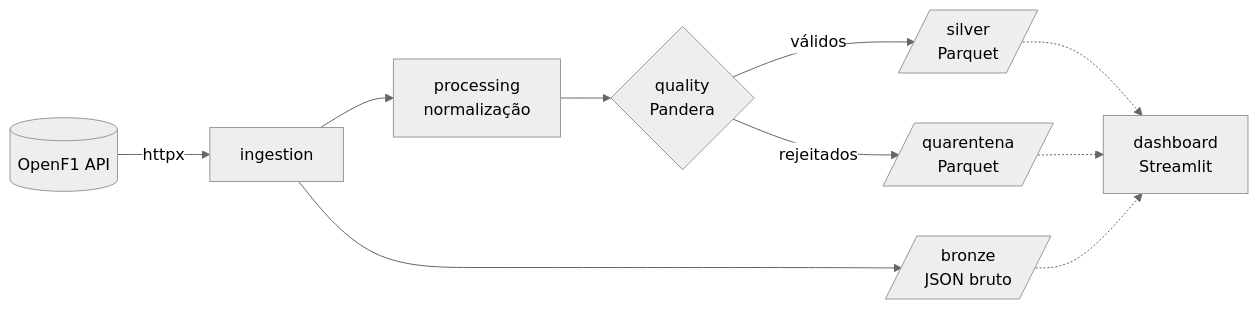
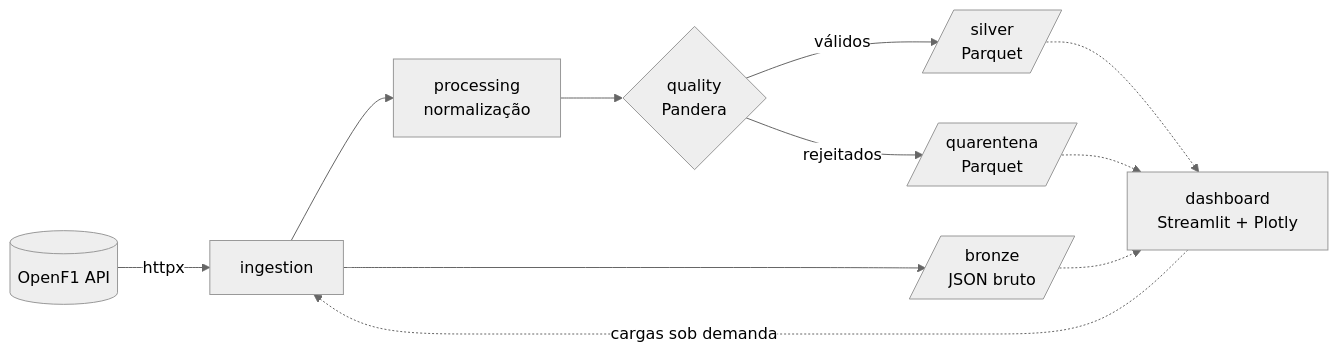
One commit to EmanuelSeven/F1 changed the diagram in docs/arquitetura.md. Above: the diagram before and after it, drawn with Mermaid (neutral theme). The commit also changed other lines of this file and 36 other files, not shown here.

````diff
--- a/docs/arquitetura.md
+++ b/docs/arquitetura.md
@@ -5,12 +5,13 @@
 ```mermaid
 flowchart LR
     API[(OpenF1 API)] -->|httpx| ING[ingestion]
     ING --> BRZ[/bronze<br/>JSON bruto/]
     ING --> PRC[processing<br/>normalização]
     PRC --> QLT{quality<br/>Pandera}
     QLT -->|válidos| SLV[/silver<br/>Parquet/]
     QLT -->|rejeitados| QRT[/quarentena<br/>Parquet/]
-    SLV -.-> DSH[dashboard<br/>Streamlit]
+    SLV -.-> DSH[dashboard<br/>Streamlit + Plotly]
+    DSH -.->|cargas sob demanda| ING
     QRT -.-> DSH
     BRZ -.-> DSH
 ```
````
